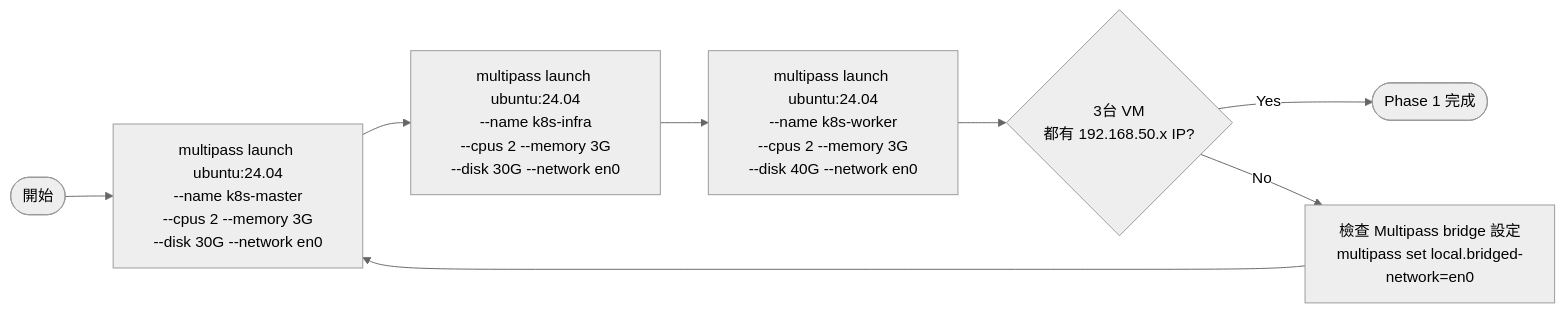
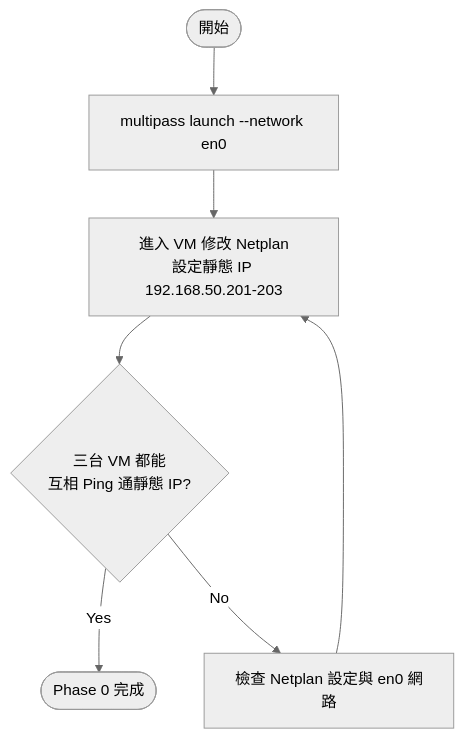
One commit to MansionLai/notebook changed the second of 6 diagrams in kubernetes/3node-multipass/setup-flowchart.md. Above: the diagram before and after it, drawn with Mermaid (neutral theme). The commit also changed other lines of this file and 3 other files, not shown here.

````diff
--- a/kubernetes/3node-multipass/setup-flowchart.md
+++ b/kubernetes/3node-multipass/setup-flowchart.md
@@ -38,12 +32,9 @@
 ```mermaid
-flowchart LR
-    S([開始]) --> V1
-    V1["multipass launch ubuntu:24.04\n--name k8s-master\n--cpus 2 --memory 3G\n--disk 30G --network en0"]
-    V2["multipass launch ubuntu:24.04\n--name k8s-infra\n--cpus 2 --memory 3G\n--disk 30G --network en0"]
-    V3["multipass launch ubuntu:24.04\n--name k8s-worker\n--cpus 2 --memory 3G\n--disk 40G --network en0"]
-    V1 --> V2 --> V3
-    V3 --> CHK{3台 VM\n都有 192.168.50.x IP?}
-    CHK -- Yes --> OK([Phase 1 完成])
-    CHK -- No --> FIX[檢查 Multipass bridge 設定\nmultipass set local.bridged-network=en0]
-    FIX --> V1
+flowchart TD
+    S([開始]) --> V1[multipass launch --network en0]
+    V1 --> V2[進入 VM 修改 Netplan\n設定靜態 IP 192.168.50.201-203]
+    V2 --> CHK{三台 VM 都能\n互相 Ping 通靜態 IP?}
+    CHK -- Yes --> OK([Phase 0 完成])
+    CHK -- No --> FIX[檢查 Netplan 設定與 en0 網路]
+    FIX --> V2
 ```
````
